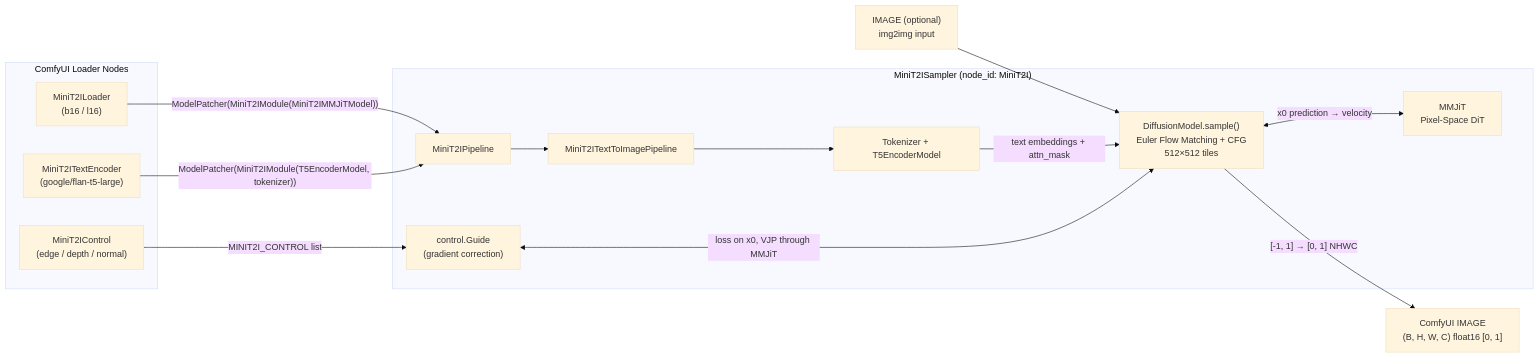
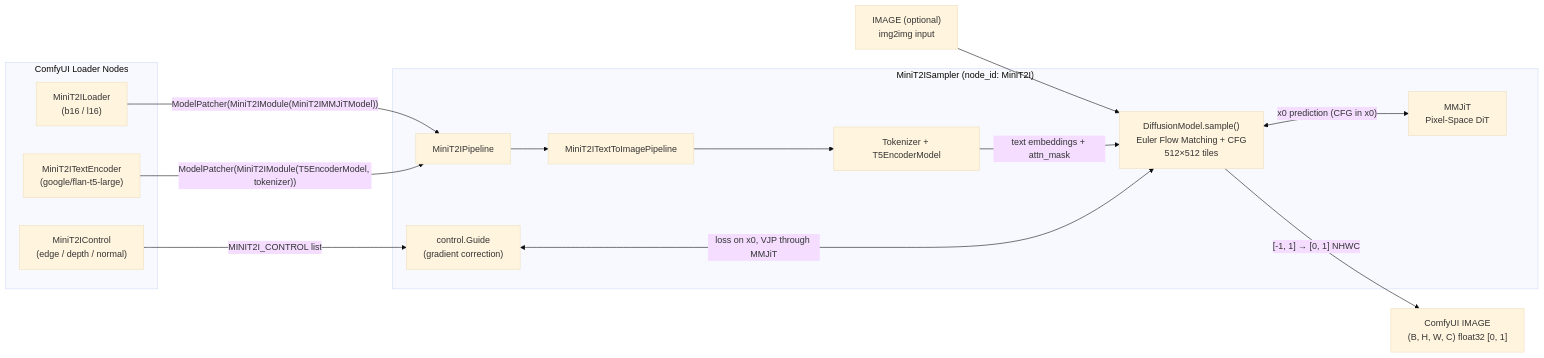
Before and after one commit to n1ckfg/ComfyUI-MiniT2ITiled: the diagram in ARCHITECTURE.md, drawn with Mermaid (base theme). The commit also changed other lines of this file and 5 other files, not shown here.

````diff
--- a/ARCHITECTURE.md
+++ b/ARCHITECTURE.md
@@ -24,32 +24,32 @@
 ```mermaid
 flowchart LR
     subgraph Loaders["ComfyUI Loader Nodes"]
         L1["MiniT2ILoader<br/>(b16 / l16)"]
         L2["MiniT2ITextEncoder<br/>(google/flan-t5-large)"]
         C1["MiniT2IControl<br/>(edge / depth / normal)"]
     end
 
     IMG["IMAGE (optional)<br/>img2img input"]
 
     subgraph Sampler["MiniT2ISampler (node_id: MiniT2I)"]
         S1["MiniT2IPipeline"]
         S2["MiniT2ITextToImagePipeline"]
         S3["Tokenizer + T5EncoderModel"]
         S4["DiffusionModel.sample()<br/>Euler Flow Matching + CFG<br/>512×512 tiles"]
         S5["MMJiT<br/>Pixel-Space DiT"]
         G["control.Guide<br/>(gradient correction)"]
     end
 
-    OUT["ComfyUI IMAGE<br/>(B, H, W, C) float16 [0, 1]"]
+    OUT["ComfyUI IMAGE<br/>(B, H, W, C) float32 [0, 1]"]
 
     L1 -->|"ModelPatcher(MiniT2IModule(MiniT2IMMJiTModel))"| S1
     L2 -->|"ModelPatcher(MiniT2IModule(T5EncoderModel, tokenizer))"| S1
     C1 -->|"MINIT2I_CONTROL list"| G
     IMG --> S4
     S1 --> S2
     S2 --> S3
     S3 -->|"text embeddings + attn_mask"| S4
-    S4 <-->|"x0 prediction → velocity"| S5
+    S4 <-->|"x0 prediction (CFG in x0)"| S5
     G <-->|"loss on x0, VJP through MMJiT"| S4
     S4 -->|"[-1, 1] → [0, 1] NHWC"| OUT
 ```
````
